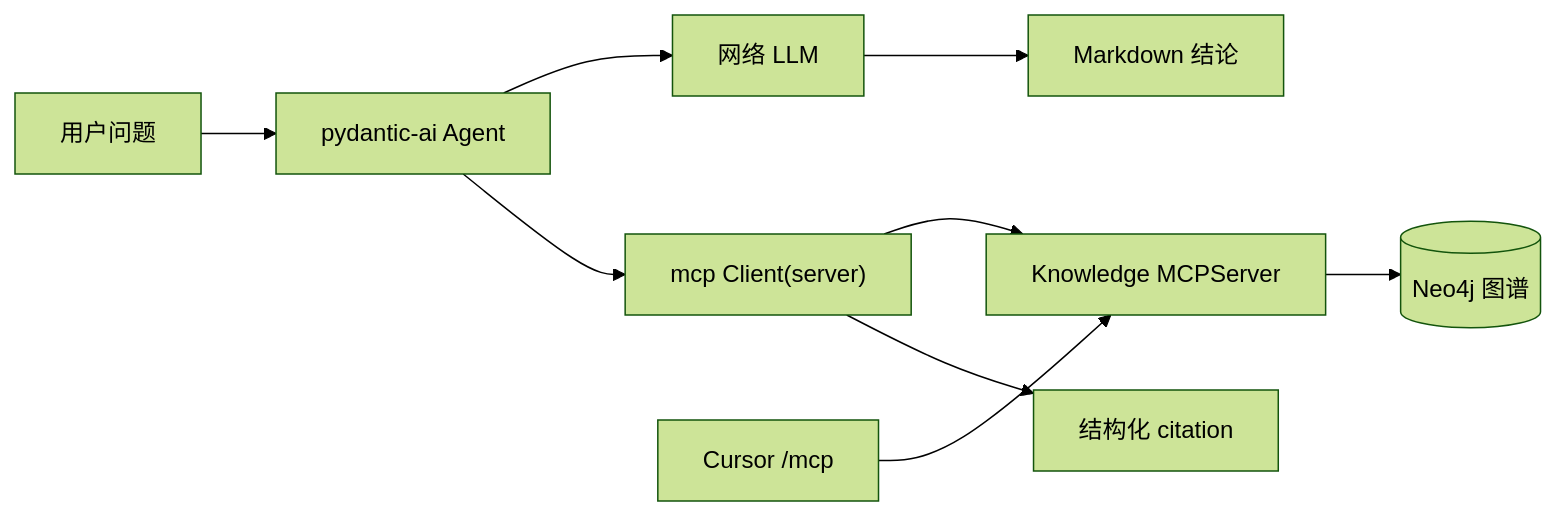
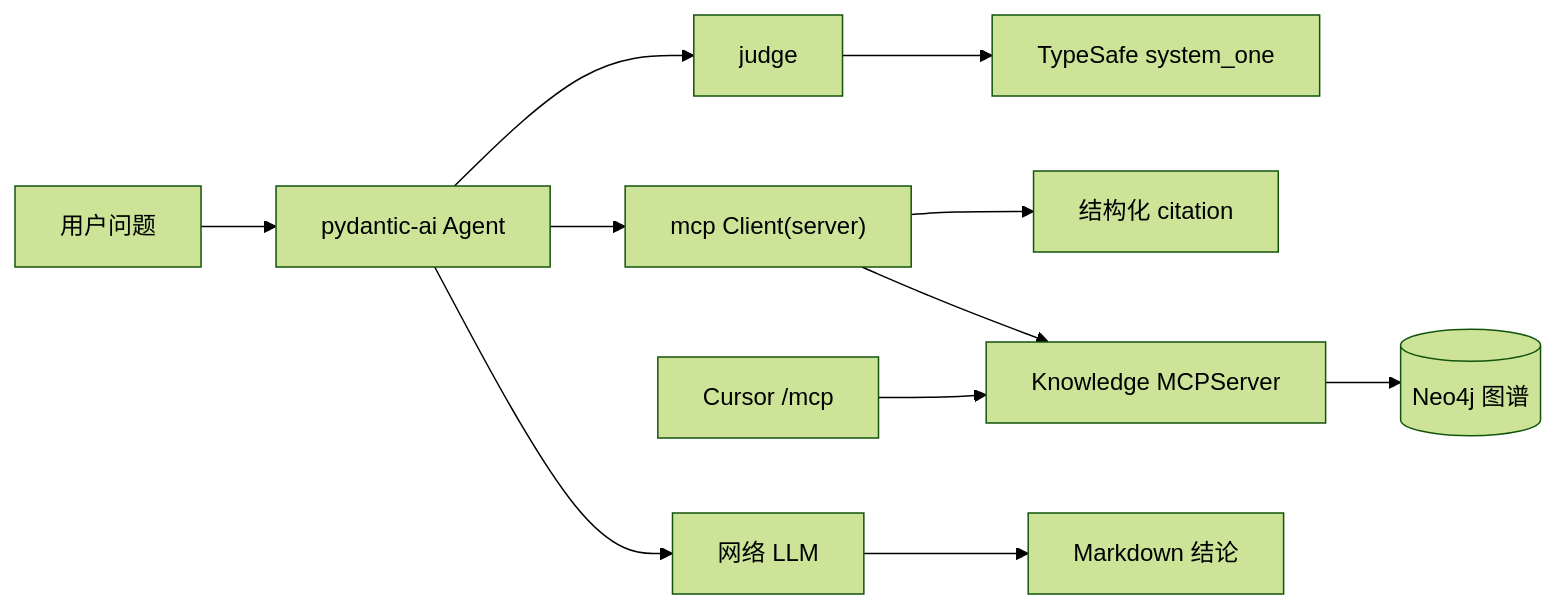
One commit to ticoAg/BaiCao changed the first of 5 diagrams in docs/architecture/chat-agent-mcp.md. Above: the diagram before and after it, drawn with Mermaid (forest theme). The commit also changed other lines of this file and 31 other files, not shown here.

First line of the commit message:
feat: 问答判定改走 TypeSafe，密钥改用 Infisical SDK

````diff
--- a/docs/architecture/chat-agent-mcp.md
+++ b/docs/architecture/chat-agent-mcp.md
@@ -23,11 +25,13 @@
 ```mermaid
 flowchart LR
     User[用户问题] --> Runtime[pydantic-ai Agent]
     Runtime --> LLM[网络 LLM]
     Runtime --> Client["mcp Client(server)"]
     Client --> Server[Knowledge MCPServer]
     Cursor[Cursor /mcp] --> Server
     Server --> Neo4j[(Neo4j 图谱)]
+    Runtime --> Judge[judge]
+    Judge --> SystemOne[TypeSafe system_one]
     LLM --> Answer[Markdown 结论]
     Client --> Cite[结构化 citation]
 ```
````
